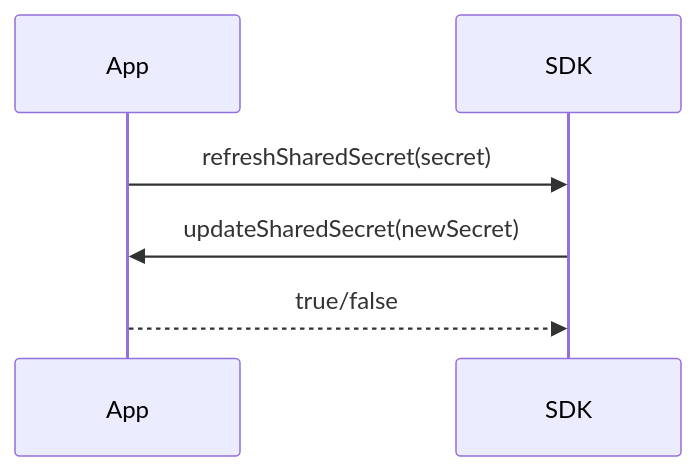
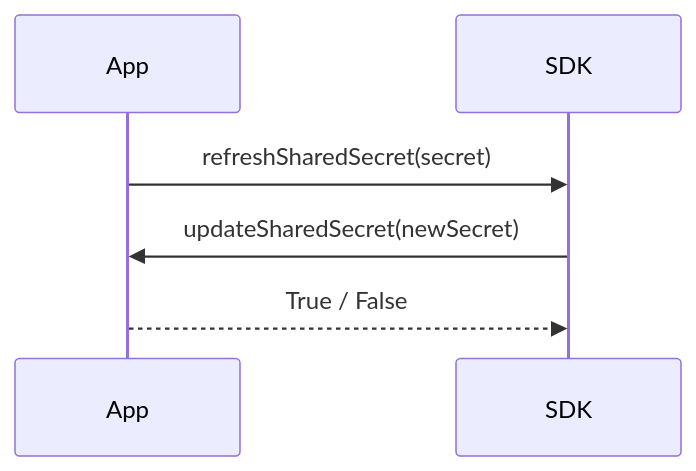
One commit to kryptogo/kg-mobile-wallet-sdk changed the fifth of 6 diagrams in README.md. Above: the diagram before and after it, drawn with Mermaid. The commit also changed other lines of this file, not shown here.

````diff
--- a/README.md
+++ b/README.md
@@ -170,8 +175,8 @@
 ```mermaid
 sequenceDiagram
 participant App
 participant SDK
 App->>SDK: refreshSharedSecret(secret)
 SDK->>App: updateSharedSecret(newSecret)
-App-->>SDK: true/false
+App-->>SDK: True / False
 ```
````
